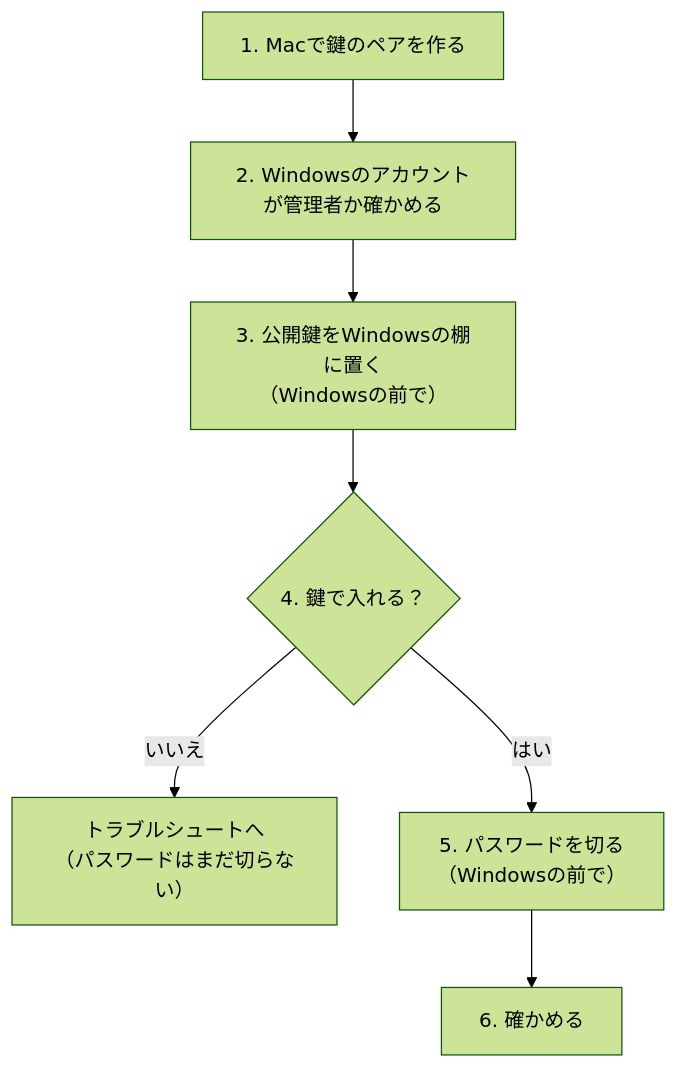
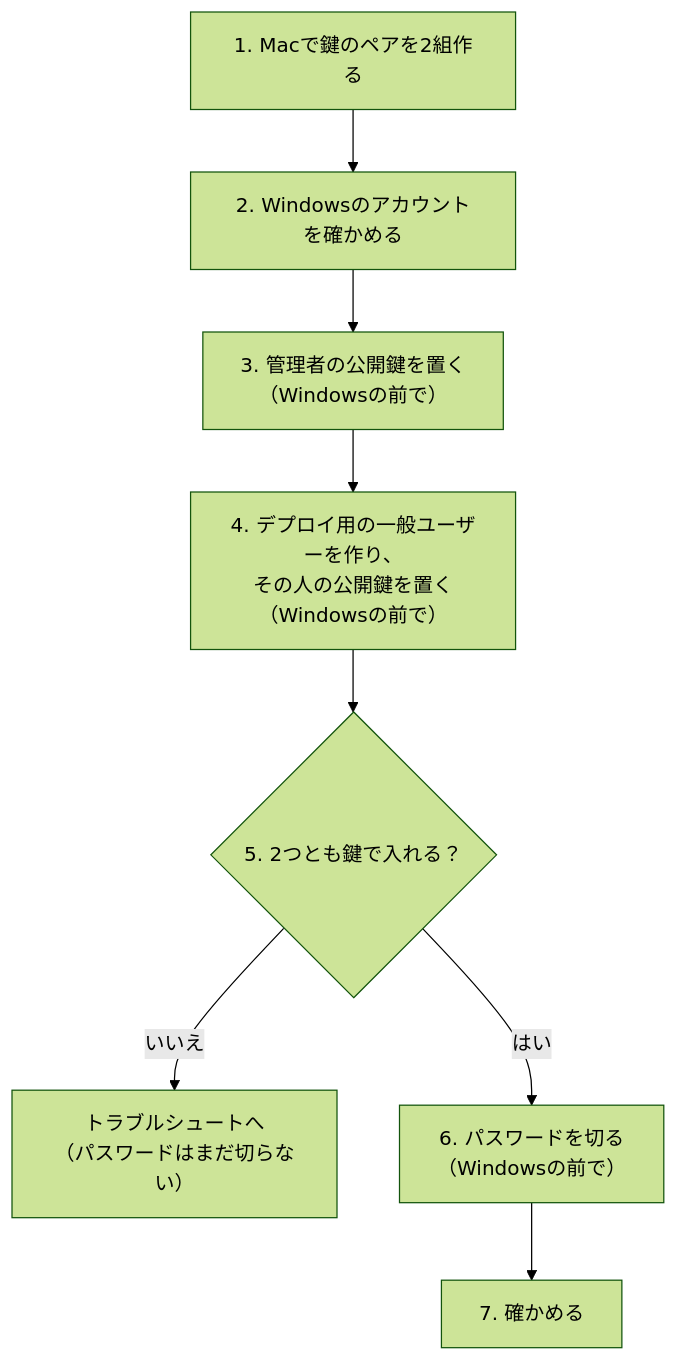
Before and after one commit to mgmaru/card-digger: the diagram in docs/development/ssh-key-setup.md, drawn with Mermaid (forest theme). The commit also changed other lines of this file, not shown here.

````diff
--- a/docs/development/ssh-key-setup.md
+++ b/docs/development/ssh-key-setup.md
@@ -30,9 +48,10 @@
 ```mermaid
 flowchart TD
-    A["1. Macで鍵のペアを作る"] --> B["2. Windowsのアカウントが管理者か確かめる"]
-    B --> C["3. 公開鍵をWindowsの棚に置く<br/>（Windowsの前で）"]
-    C --> D{"4. 鍵で入れる？"}
-    D -- "いいえ" --> T["トラブルシュートへ<br/>（パスワードはまだ切らない）"]
-    D -- "はい" --> E["5. パスワードを切る<br/>（Windowsの前で）"]
-    E --> F["6. 確かめる"]
+    A["1. Macで鍵のペアを2組作る"] --> B["2. Windowsのアカウントを確かめる"]
+    B --> C["3. 管理者の公開鍵を置く<br/>（Windowsの前で）"]
+    C --> D["4. デプロイ用の一般ユーザーを作り、<br/>その人の公開鍵を置く（Windowsの前で）"]
+    D --> E{"5. 2つとも鍵で入れる？"}
+    E -- "いいえ" --> T["トラブルシュートへ<br/>（パスワードはまだ切らない）"]
+    E -- "はい" --> F["6. パスワードを切る<br/>（Windowsの前で）"]
+    F --> G["7. 確かめる"]
 ```
````
